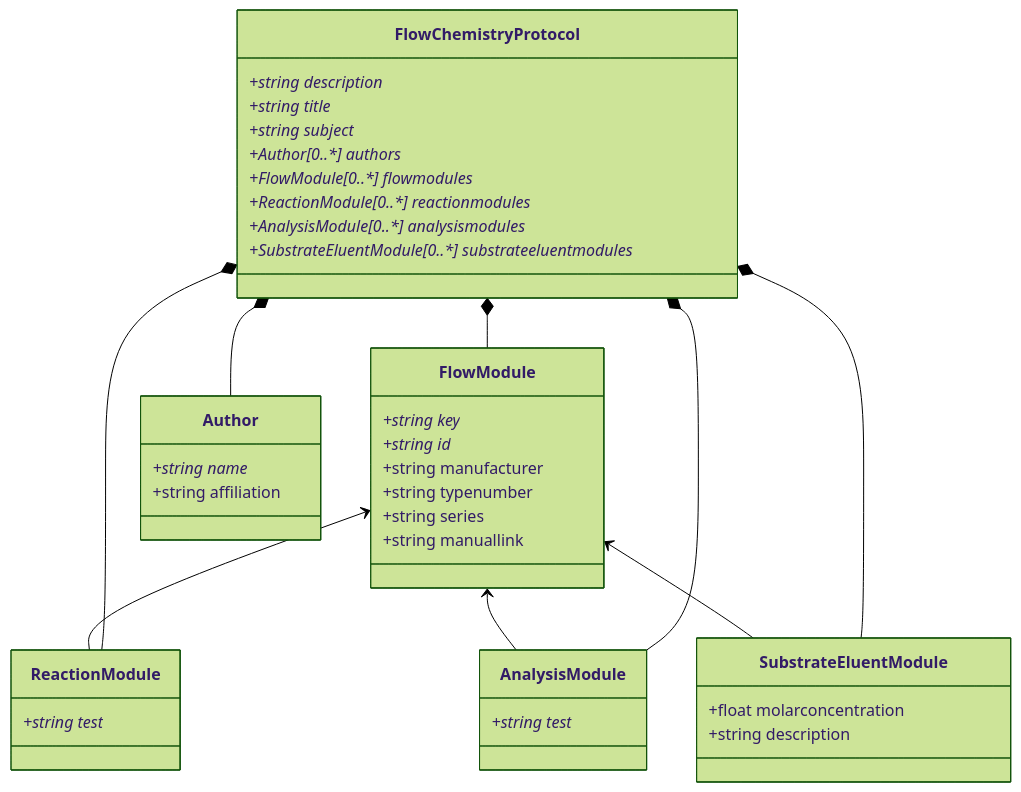
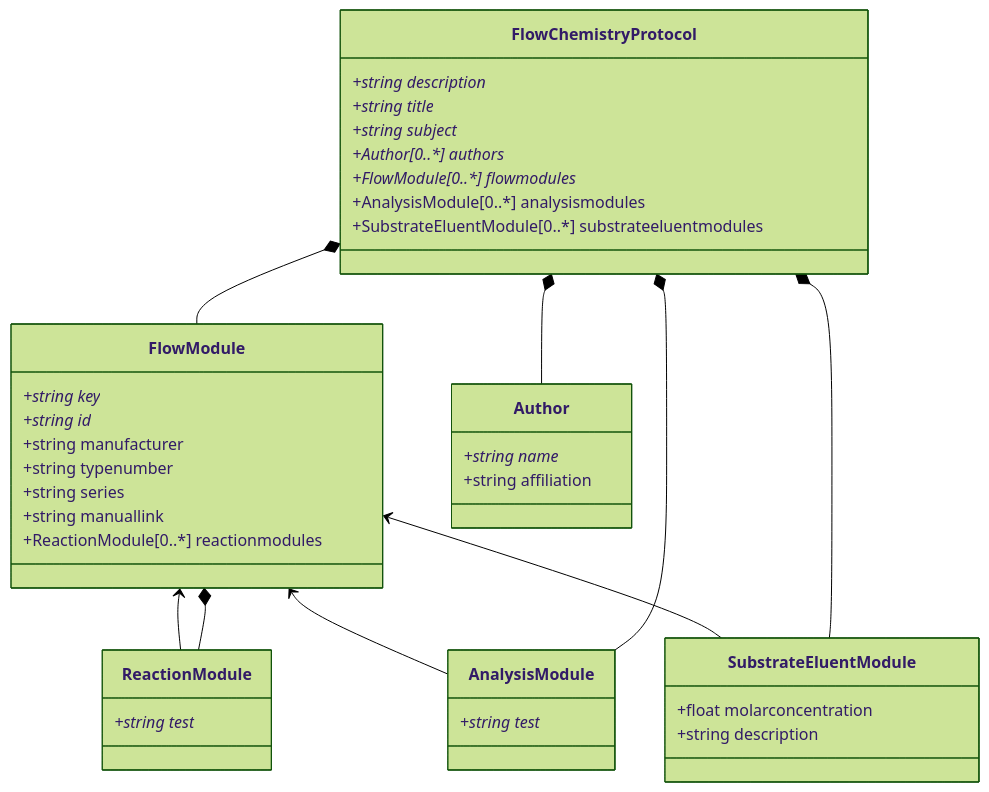
Before and after one commit to C-Kessler/sdrdm-flowchem-B2: the diagram in pyDataset/schemes/Dataset.md, drawn with Mermaid (forest theme). The commit also changed 3 other files, not shown here.

````diff
--- a/pyDataset/schemes/Dataset.md
+++ b/pyDataset/schemes/Dataset.md
@@ -1,50 +1,50 @@
 ```mermaid
 classDiagram
     FlowModule <-- ReactionModule
     FlowModule <-- AnalysisModule
     FlowModule <-- SubstrateEluentModule
     FlowChemistryProtocol *-- Author
     FlowChemistryProtocol *-- FlowModule
-    FlowChemistryProtocol *-- ReactionModule
     FlowChemistryProtocol *-- AnalysisModule
     FlowChemistryProtocol *-- SubstrateEluentModule
+    FlowModule *-- ReactionModule
     
     class FlowChemistryProtocol {
         +string description*
         +string title*
         +string subject*
         +Author[0..*] authors*
         +FlowModule[0..*] flowmodules*
-        +ReactionModule[0..*] reactionmodules*
-        +AnalysisModule[0..*] analysismodules*
-        +SubstrateEluentModule[0..*] substrateeluentmodules*
+        +AnalysisModule[0..*] analysismodules
+        +SubstrateEluentModule[0..*] substrateeluentmodules
     }
     
     class Author {
         +string name*
         +string affiliation
     }
     
     class FlowModule {
         +string key*
         +string id*
         +string manufacturer
         +string typenumber
         +string series
         +string manuallink
+        +ReactionModule[0..*] reactionmodules
     }
     
     class ReactionModule {
         +string test*
     }
     
     class AnalysisModule {
         +string test*
     }
     
     class SubstrateEluentModule {
         +float molarconcentration
         +string description
     }
     
 ```
````
